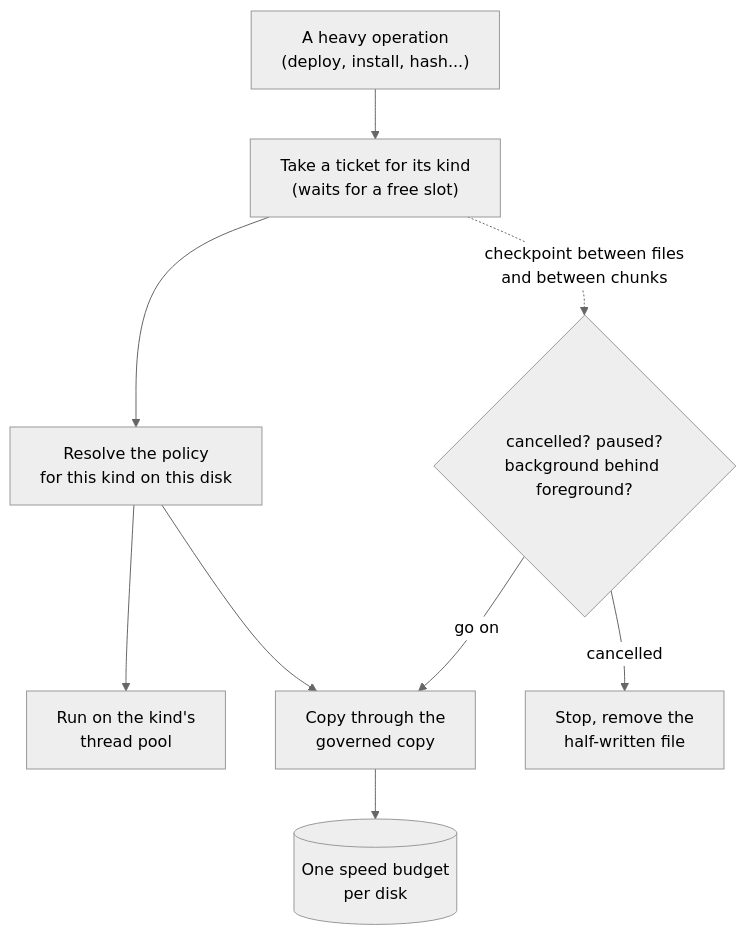
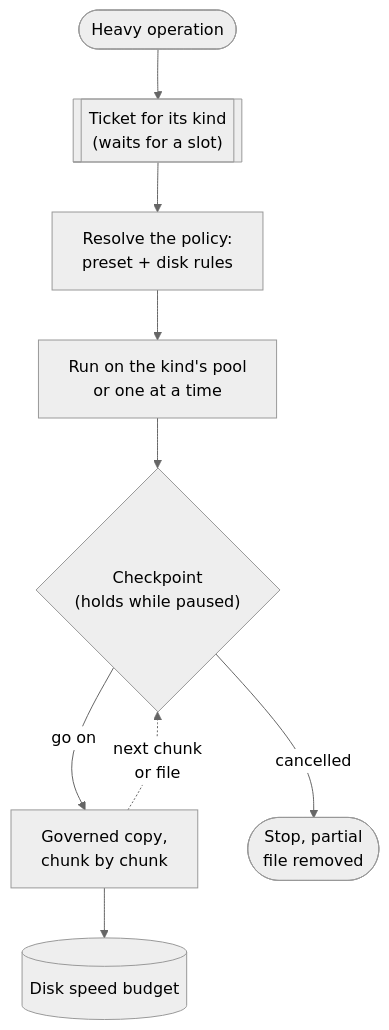
Before and after one commit to FreeProject089/BetterModsManager: the first of 7 diagrams in frontend/assets/docs/en/how-it-works/resources.md, drawn with Mermaid (neutral theme). The commit also changed other lines of this file and 176 other files, not shown here.

````diff
--- a/frontend/assets/docs/en/how-it-works/resources.md
+++ b/frontend/assets/docs/en/how-it-works/resources.md
@@ -22,11 +22,11 @@
 ```mermaid
-flowchart TB
-    OP["A heavy operation<br/>(deploy, install, hash...)"] --> T["Take a ticket for its kind<br/>(waits for a free slot)"]
-    T --> P["Resolve the policy<br/>for this kind on this disk"]
-    P --> POOL["Run on the kind's<br/>thread pool"]
-    P --> COPY["Copy through the<br/>governed copy"]
-    COPY --> BUCKET[("One speed budget<br/>per disk")]
-    T -. "checkpoint between files<br/>and between chunks" .-> CP{"cancelled? paused?<br/>background behind foreground?"}
-    CP -- "go on" --> COPY
-    CP -- "cancelled" --> STOP["Stop, remove the<br/>half-written file"]
+flowchart TD
+    OP(["Heavy operation"]) --> T[["Ticket for its kind<br/>(waits for a slot)"]]
+    T --> P["Resolve the policy:<br/>preset + disk rules"]
+    P --> RUN["Run on the kind's pool<br/>or one at a time"]
+    RUN --> CP{"Checkpoint<br/>(holds while paused)"}
+    CP -- "go on" --> COPY["Governed copy,<br/>chunk by chunk"]
+    CP -- "cancelled" --> STOP(["Stop, partial<br/>file removed"])
+    COPY --> BUCKET[("Disk speed budget")]
+    COPY -. "next chunk<br/>or file" .-> CP
 ```
````
